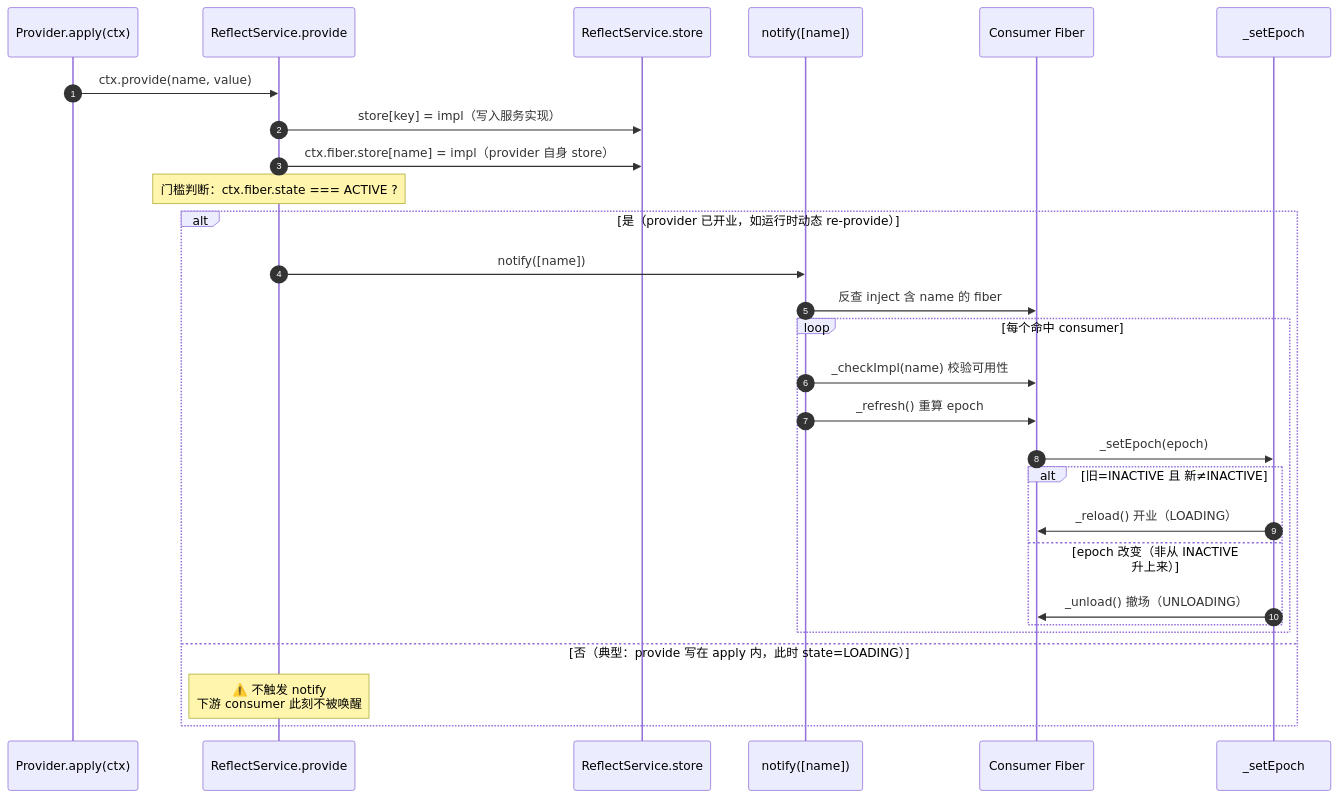
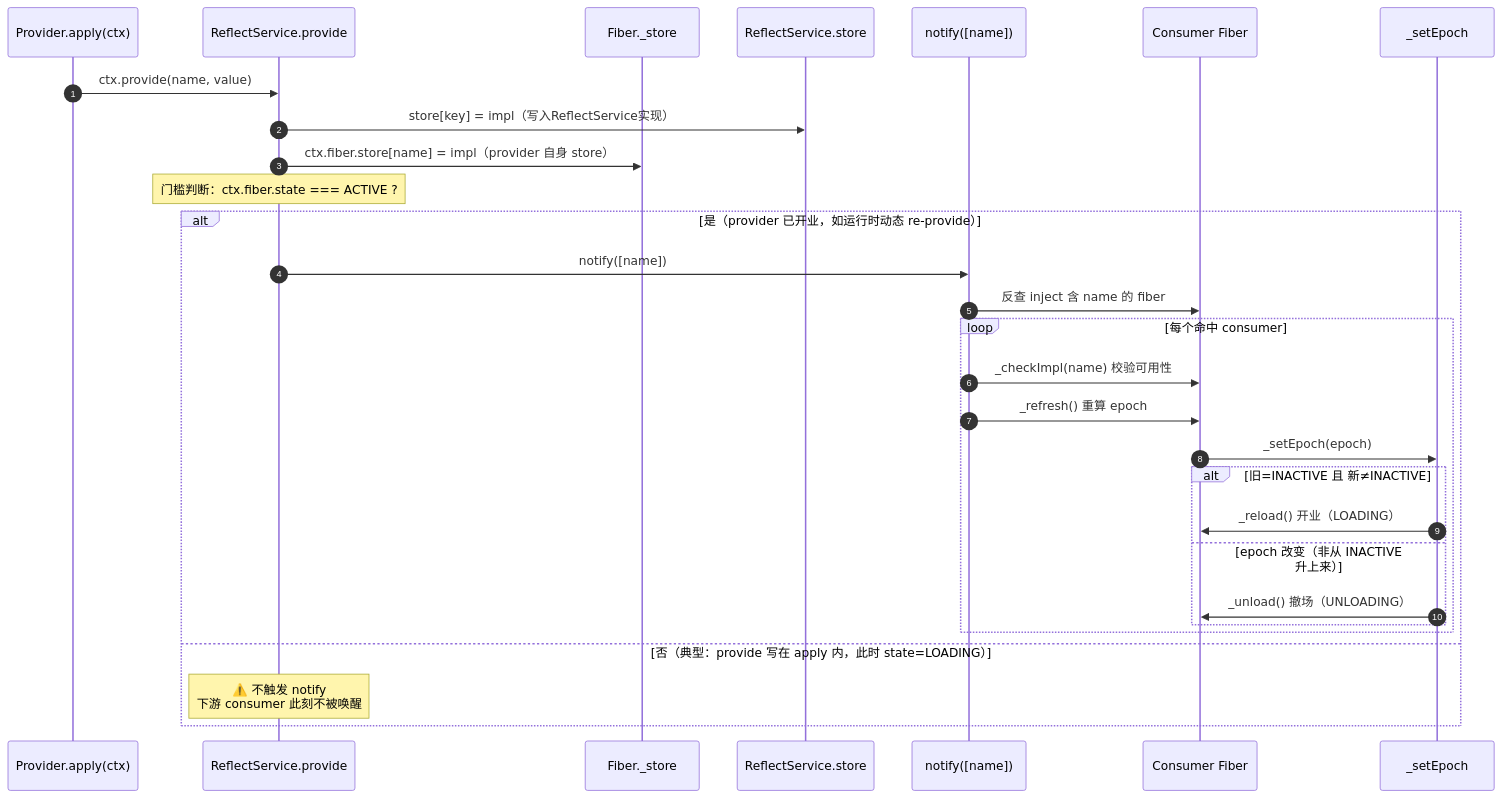
Before and after one commit to whoisrio/agent-cookbook: the diagram in books/dsh/dsh-cordis-core-mech.md, drawn with Mermaid. The commit also changed other lines of this file and 3 other files, not shown here.

````diff
--- a/books/dsh/dsh-cordis-core-mech.md
+++ b/books/dsh/dsh-cordis-core-mech.md
@@ -277,31 +280,32 @@
 ```mermaid
 sequenceDiagram
     autonumber
     participant P as Provider.apply(ctx)
     participant RS as ReflectService.provide
+    Participant PF as Fiber._store
     participant S as ReflectService.store
     participant N as notify([name])
     participant C as Consumer Fiber
     participant E as _setEpoch
 
     P->>RS: ctx.provide(name, value)
-    RS->>S: store[key] = impl（写入服务实现）
-    RS->>S: ctx.fiber.store[name] = impl（provider 自身 store）
+    RS->>S: store[key] = impl（写入ReflectService实现）
+    RS->>PF: ctx.fiber.store[name] = impl（provider 自身 store）
     Note over RS: 门槛判断：ctx.fiber.state === ACTIVE ?
     alt 是（provider 已开业，如运行时动态 re-provide）
         RS->>N: notify([name])
         N->>C: 反查 inject 含 name 的 fiber
         loop 每个命中 consumer
             N->>C: _checkImpl(name) 校验可用性
             N->>C: _refresh() 重算 epoch
             C->>E: _setEpoch(epoch)
             alt 旧=INACTIVE 且 新≠INACTIVE
                 E->>C: _reload() 开业（LOADING）
             else epoch 改变（非从 INACTIVE 升上来）
                 E->>C: _unload() 撤场（UNLOADING）
             end
         end
     else 否（典型：provide 写在 apply 内，此时 state=LOADING）
         Note over RS: ⚠️ 不触发 notify<br/>下游 consumer 此刻不被唤醒
     end
 ```
````
